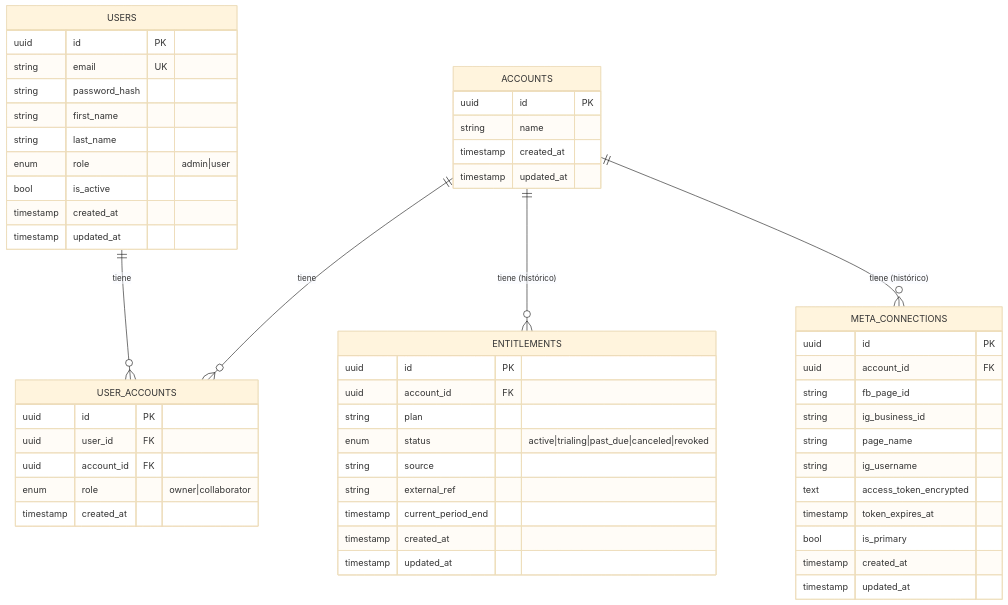
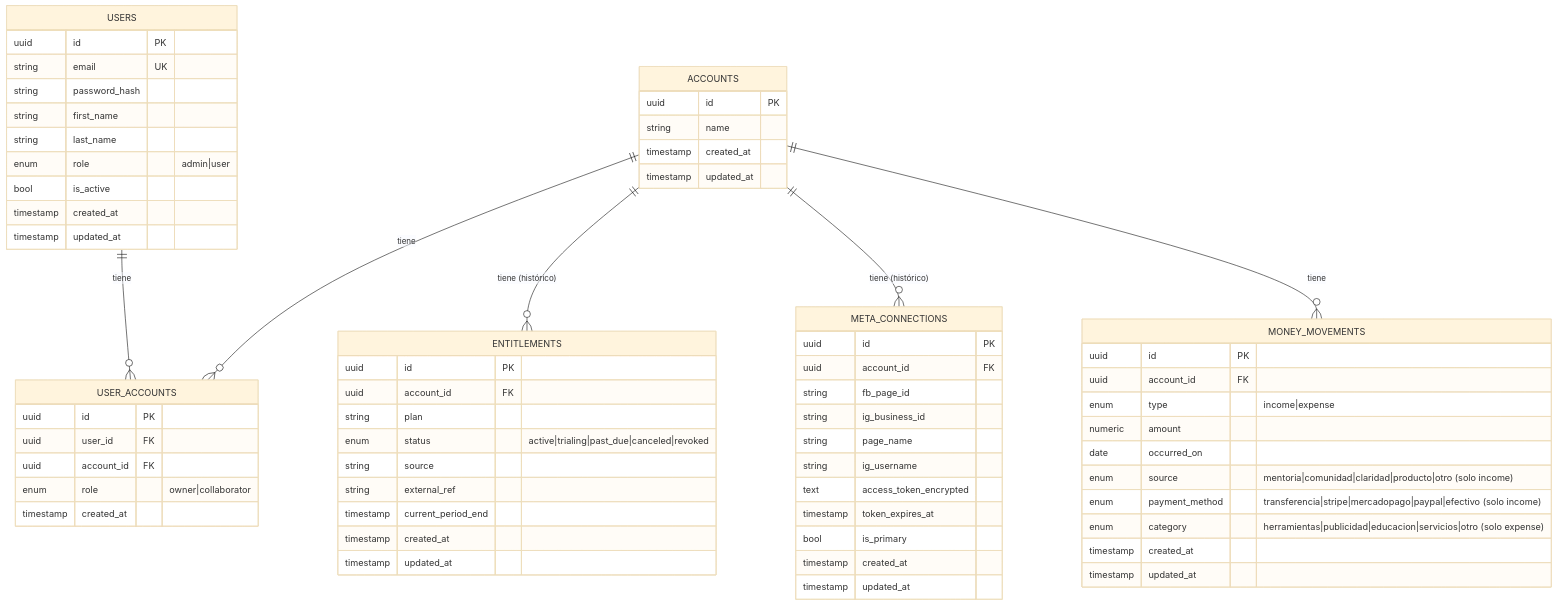
The diagram in docs/data-model.md (donaitorin/soy-emprendedora-api), drawn with Mermaid (base theme) before and after one commit. The commit also changed other lines of this file and 8 other files, not shown here.

````diff
--- a/docs/data-model.md
+++ b/docs/data-model.md
@@ -6,56 +6,69 @@
 ```mermaid
 erDiagram
     USERS ||--o{ USER_ACCOUNTS : "tiene"
     ACCOUNTS ||--o{ USER_ACCOUNTS : "tiene"
     ACCOUNTS ||--o{ ENTITLEMENTS : "tiene (histórico)"
     ACCOUNTS ||--o{ META_CONNECTIONS : "tiene (histórico)"
+    ACCOUNTS ||--o{ MONEY_MOVEMENTS : "tiene"
 
     USERS {
         uuid id PK
         string email UK
         string password_hash
         string first_name
         string last_name
         enum role "admin|user"
         bool is_active
         timestamp created_at
         timestamp updated_at
     }
     ACCOUNTS {
         uuid id PK
         string name
         timestamp created_at
         timestamp updated_at
     }
     USER_ACCOUNTS {
         uuid id PK
         uuid user_id FK
         uuid account_id FK
         enum role "owner|collaborator"
         timestamp created_at
     }
     ENTITLEMENTS {
         uuid id PK
         uuid account_id FK
         string plan
         enum status "active|trialing|past_due|canceled|revoked"
         string source
         string external_ref
         timestamp current_period_end
         timestamp created_at
         timestamp updated_at
     }
     META_CONNECTIONS {
         uuid id PK
         uuid account_id FK
         string fb_page_id
         string ig_business_id
         string page_name
         string ig_username
         text access_token_encrypted
         timestamp token_expires_at
         bool is_primary
         timestamp created_at
         timestamp updated_at
     }
+    MONEY_MOVEMENTS {
+        uuid id PK
+        uuid account_id FK
+        enum type "income|expense"
+        numeric amount
+        date occurred_on
+        enum source "mentoria|comunidad|claridad|producto|otro (solo income)"
+        enum payment_method "transferencia|stripe|mercadopago|paypal|efectivo (solo income)"
+        enum category "herramientas|publicidad|educacion|servicios|otro (solo expense)"
+        timestamp created_at
+        timestamp updated_at
+    }
 ```
````
